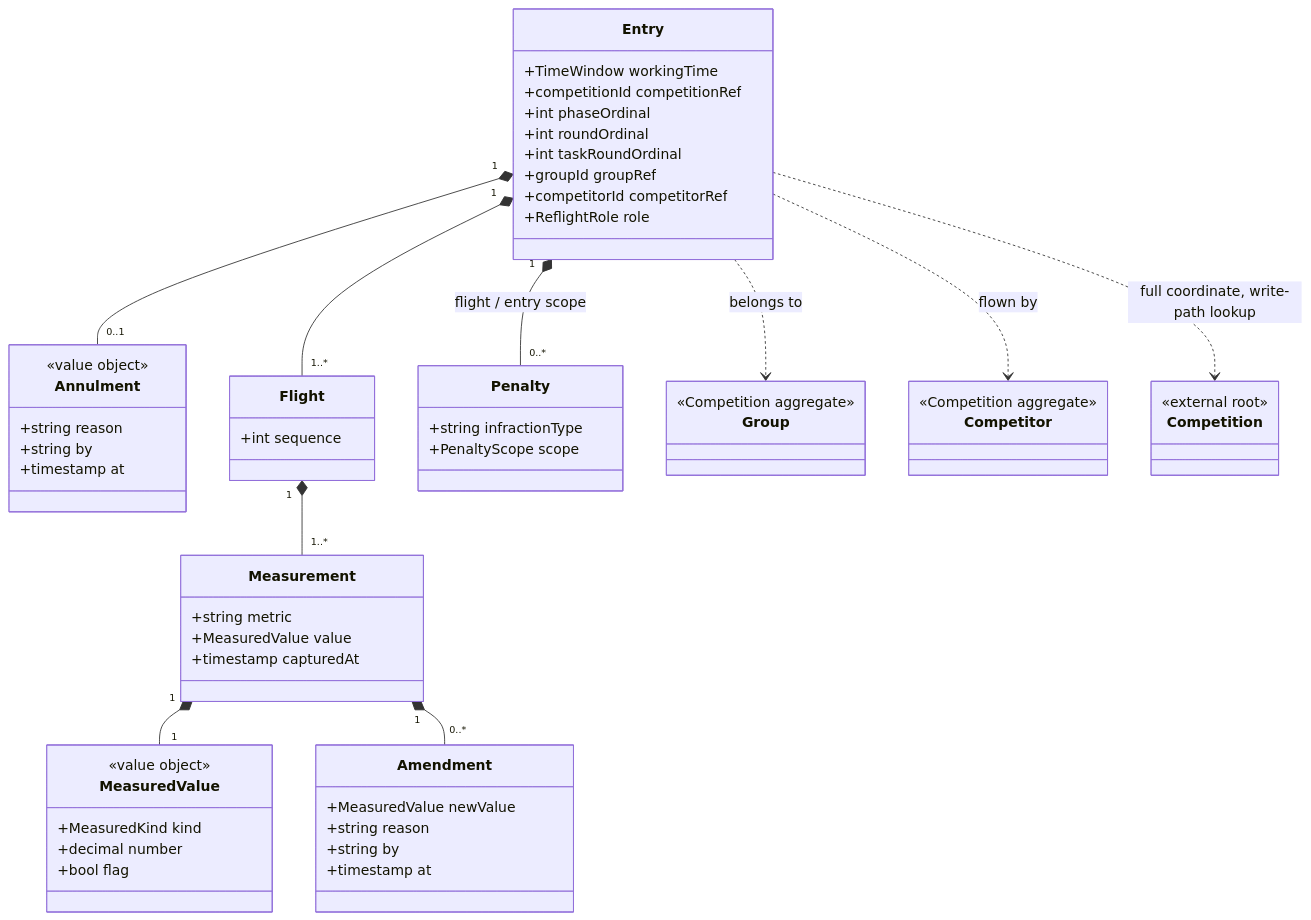
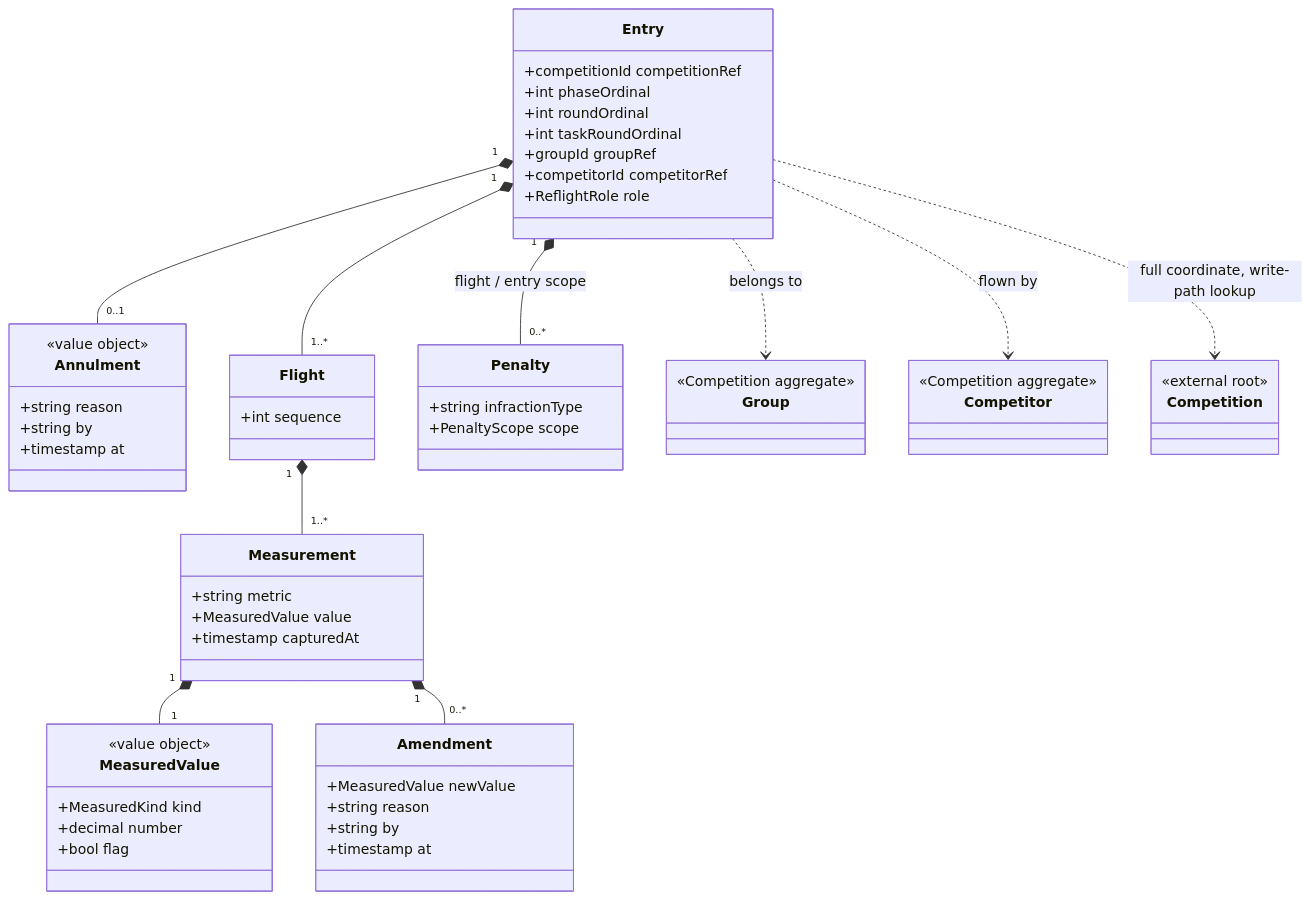
One commit to petegee/Soarscore2 changed the fourth of 5 diagrams in docs/aggregate-roots.md. Above: the diagram before and after it, drawn with Mermaid. The commit also changed other lines of this file and 28 other files, not shown here.

Commit message:
Remove stored Entry.WorkingTime

````diff
--- a/docs/aggregate-roots.md
+++ b/docs/aggregate-roots.md
@@ -388,69 +382,68 @@
 ```mermaid
 classDiagram
     direction TB
     class Entry {
-        +TimeWindow workingTime
         +competitionId competitionRef
         +int phaseOrdinal
         +int roundOrdinal
         +int taskRoundOrdinal
         +groupId groupRef
         +competitorId competitorRef
         +ReflightRole role
     }
     class Annulment {
         <<value object>>
         +string reason
         +string by
         +timestamp at
     }
     class Flight {
         +int sequence
     }
     class Measurement {
         +string metric
         +MeasuredValue value
         +timestamp capturedAt
     }
     class MeasuredValue {
         <<value object>>
         +MeasuredKind kind
         +decimal number
         +bool flag
     }
     class Amendment {
         +MeasuredValue newValue
         +string reason
         +string by
         +timestamp at
     }
     class Penalty {
         +string infractionType
         +PenaltyScope scope
     }
     class Group {
         <<Competition aggregate>>
     }
     class Competitor {
         <<Competition aggregate>>
     }
     class Competition {
         <<external root>>
     }
 
     Entry "1" *-- "0..1" Annulment
     Entry "1" *-- "1..*" Flight
     Flight "1" *-- "1..*" Measurement
     Measurement "1" *-- "1" MeasuredValue
     Measurement "1" *-- "0..*" Amendment
     Entry "1" *-- "0..*" Penalty : flight / entry scope
 
     Entry ..> Group : belongs to
     Entry ..> Competitor : flown by
     Entry ..> Competition : full coordinate, write-path lookup
 
     classDef root fill:#FFE873,stroke:#E5B700,stroke-width:2px,color:#1A1A1A
     classDef external fill:#EEEEEE,stroke:#BDBDBD,stroke-width:1px,color:#555
     cssClass "Entry" root
     cssClass "Group,Competitor,Competition" external
 ```
````
